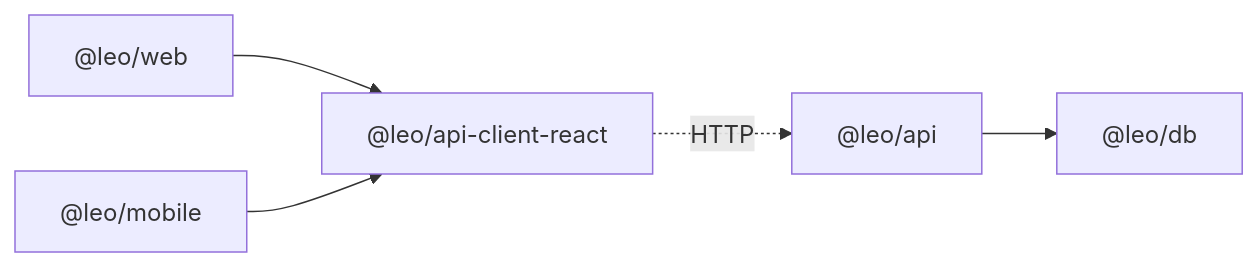
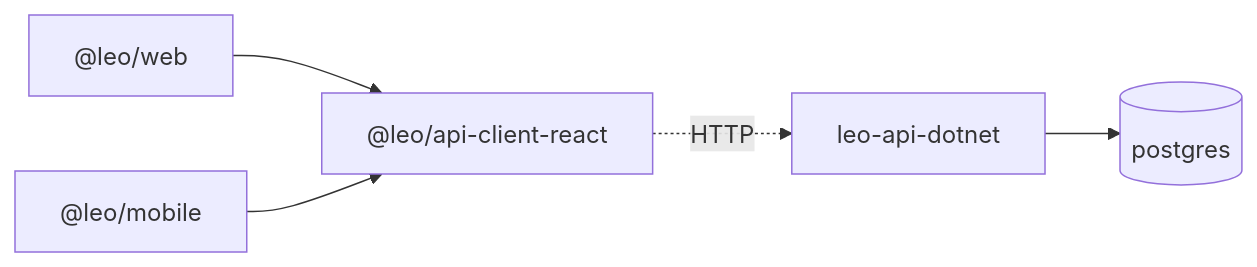
The second of 2 diagrams in docs/ARCHITECTURE.md (adhuhaam/sky_office_homelab), drawn with Mermaid before and after one commit. The commit also changed other lines of this file and 79 other files, not shown here.

````diff
--- a/docs/ARCHITECTURE.md
+++ b/docs/ARCHITECTURE.md
@@ -80,7 +81,7 @@
 ```mermaid
 flowchart LR
   web["@leo/web"] --> client["@leo/api-client-react"]
   mobile["@leo/mobile"] --> client
-  api["@leo/api"] --> db["@leo/db"]
-  client -.->|HTTP| api
+  client -.->|HTTP| dotnet["leo-api-dotnet"]
+  dotnet --> postgres[(postgres)]
 ```
````
